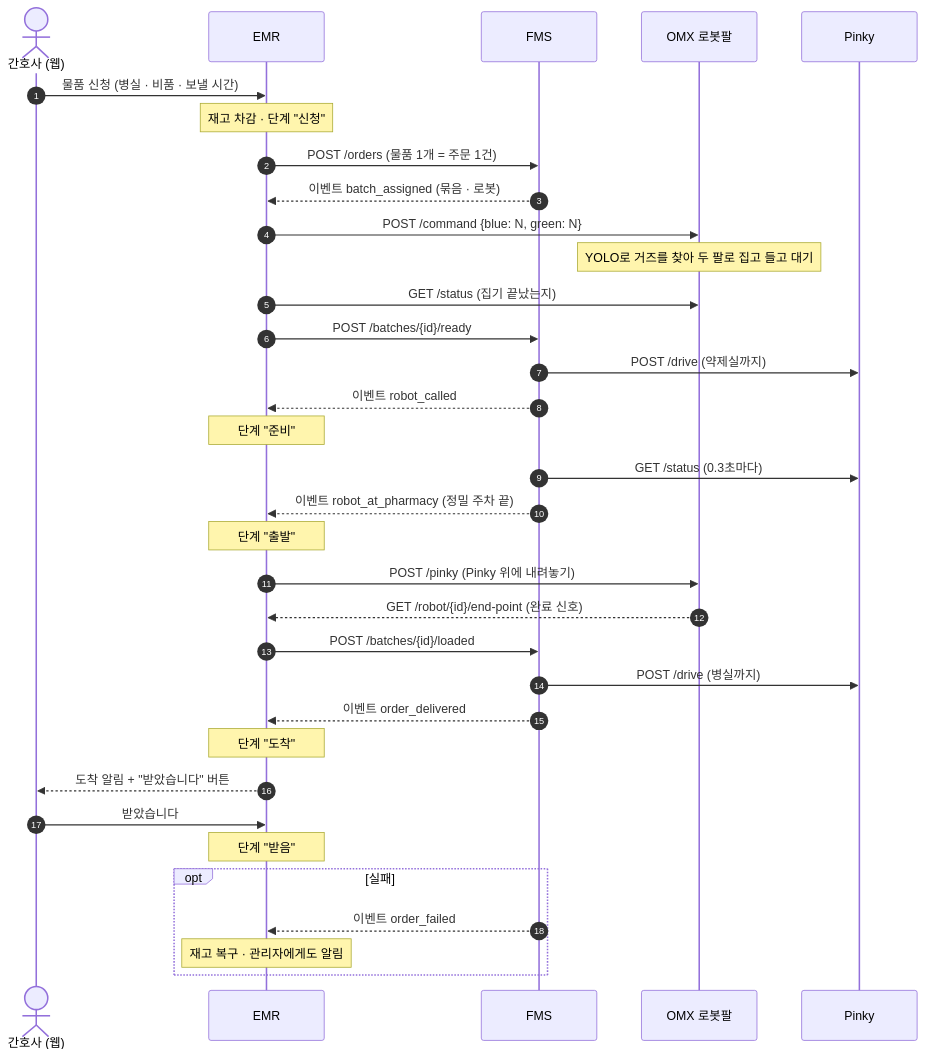
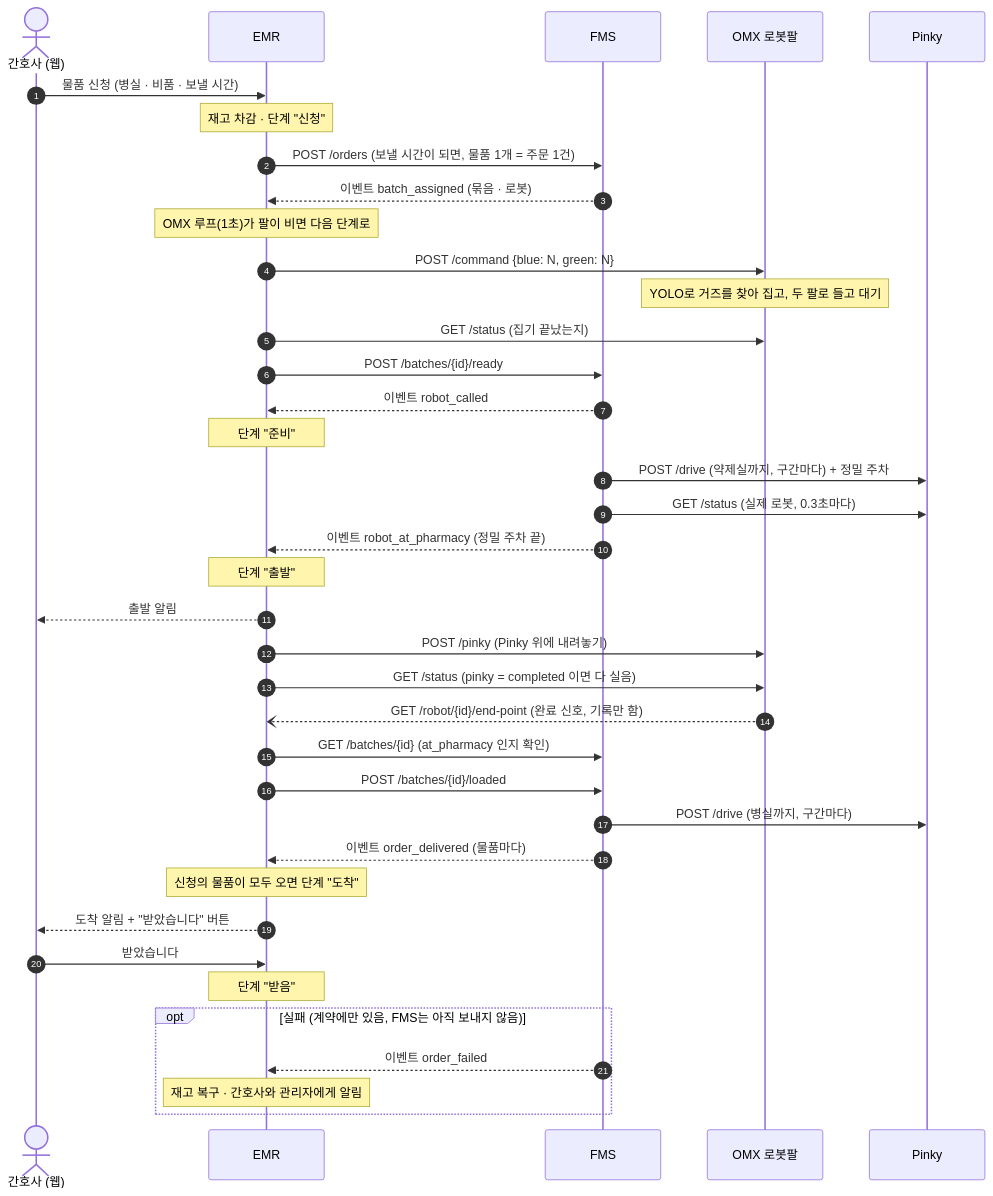
Before and after one commit to kernel-robot-9th/kernel-robot-repo-2: the second of 2 diagrams in README.md, drawn with Mermaid. The commit also changed other lines of this file, not shown here.

Commit message:
README: 배송 시퀀스를 코드에 맞게 고침
- robot_called(준비)는 ready 직후, Pinky 출발보다 앞
- 적재 완료는 OMX GET /status (pinky=completed)로 판단, end-point 신호는 기록만
- loaded 전 FMS 묶음 at_pharmacy 확인, 도착은 신청의 물품이 모두 order_delivered일 때
- order_failed는 계약에만 있고 FMS는 아직 보내지 않음, 준비 단계는 알림 없음

````diff
--- a/README.md
+++ b/README.md
@@ -79,38 +79,42 @@
 ```mermaid
 sequenceDiagram
   autonumber
   actor N as 간호사 (웹)
   participant E as EMR
   participant F as FMS
   participant O as OMX 로봇팔
   participant P as Pinky
 
   N->>E: 물품 신청 (병실 · 비품 · 보낼 시간)
   Note over E: 재고 차감 · 단계 "신청"
-  E->>F: POST /orders (물품 1개 = 주문 1건)
+  E->>F: POST /orders (보낼 시간이 되면, 물품 1개 = 주문 1건)
   F-->>E: 이벤트 batch_assigned (묶음 · 로봇)
+  Note over E: OMX 루프(1초)가 팔이 비면 다음 단계로
   E->>O: POST /command {blue: N, green: N}
-  Note over O: YOLO로 거즈를 찾아 두 팔로 집고 들고 대기
+  Note over O: YOLO로 거즈를 찾아 집고, 두 팔로 들고 대기
   E->>O: GET /status (집기 끝났는지)
   E->>F: POST /batches/{id}/ready
-  F->>P: POST /drive (약제실까지)
   F-->>E: 이벤트 robot_called
   Note over E: 단계 "준비"
-  F->>P: GET /status (0.3초마다)
+  F->>P: POST /drive (약제실까지, 구간마다) + 정밀 주차
+  F->>P: GET /status (실제 로봇, 0.3초마다)
   F-->>E: 이벤트 robot_at_pharmacy (정밀 주차 끝)
   Note over E: 단계 "출발"
+  E-->>N: 출발 알림
   E->>O: POST /pinky (Pinky 위에 내려놓기)
-  O-->>E: GET /robot/{id}/end-point (완료 신호)
+  E->>O: GET /status (pinky = completed 이면 다 실음)
+  O--)E: GET /robot/{id}/end-point (완료 신호, 기록만 함)
+  E->>F: GET /batches/{id} (at_pharmacy 인지 확인)
   E->>F: POST /batches/{id}/loaded
-  F->>P: POST /drive (병실까지)
-  F-->>E: 이벤트 order_delivered
-  Note over E: 단계 "도착"
+  F->>P: POST /drive (병실까지, 구간마다)
+  F-->>E: 이벤트 order_delivered (물품마다)
+  Note over E: 신청의 물품이 모두 오면 단계 "도착"
   E-->>N: 도착 알림 + "받았습니다" 버튼
   N->>E: 받았습니다
   Note over E: 단계 "받음"
 
-  opt 실패
+  opt 실패 (계약에만 있음, FMS는 아직 보내지 않음)
     F-->>E: 이벤트 order_failed
-    Note over E: 재고 복구 · 관리자에게도 알림
+    Note over E: 재고 복구 · 간호사와 관리자에게 알림
   end
 ```
````
